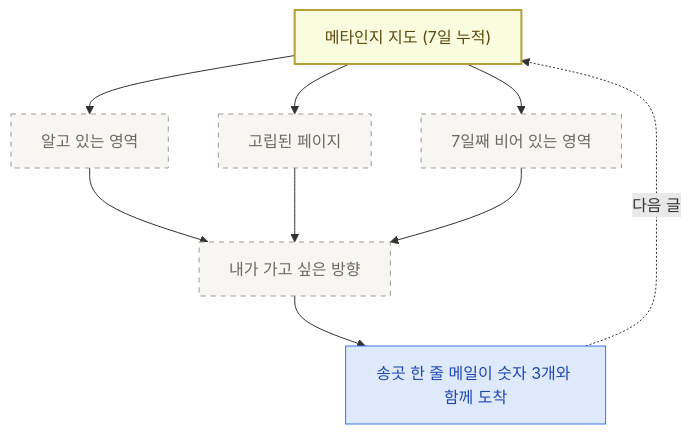
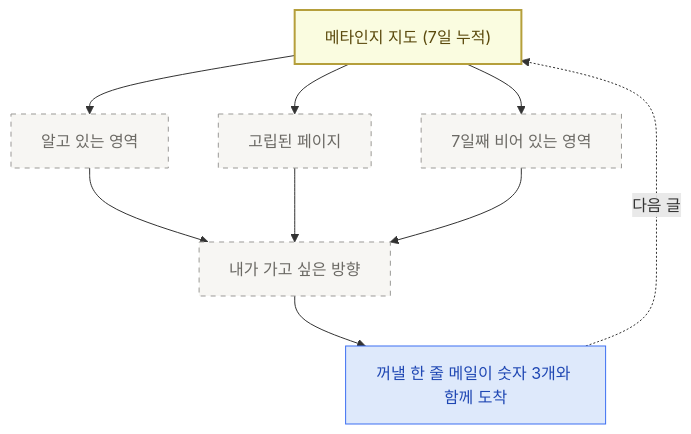
Before and after one commit to effectiveai-io/my-learning-agent: the second of 2 diagrams in content/week2/awl.mdx, drawn with Mermaid. The commit also changed other lines of this file and 14 other files, not shown here.

````diff
--- a/content/week2/awl.mdx
+++ b/content/week2/awl.mdx
@@ -132,25 +132,25 @@
 ```mermaid
 flowchart TD
     Map["메타인지 지도 (7일 누적)"]
     Known["알고 있는 영역"]
     Isolated["고립된 페이지"]
     Empty["7일째 비어 있는 영역"]
     Direction["내가 가고 싶은 방향"]
-    Mail["송곳 한 줄 메일이 숫자 3개와 함께 도착"]
+    Mail["꺼낼 한 줄 메일이 숫자 3개와 함께 도착"]
 
     Map --> Known
     Map --> Isolated
     Map --> Empty
     Known --> Direction
     Isolated --> Direction
     Empty --> Direction
     Direction --> Mail
     Mail -.다음 글.-> Map
 
     classDef now fill:#dee9fb,stroke:#3d6ff2,color:#1f47b3
     classDef axis fill:#fafce0,stroke:#b59f3b,stroke-width:2px,color:#5b4a0e
     classDef next fill:#f7f6f3,stroke:#9b9a97,stroke-dasharray:5,color:#6b6964
     class Mail now
     class Map axis
     class Known,Isolated,Empty,Direction next
 ```
````
